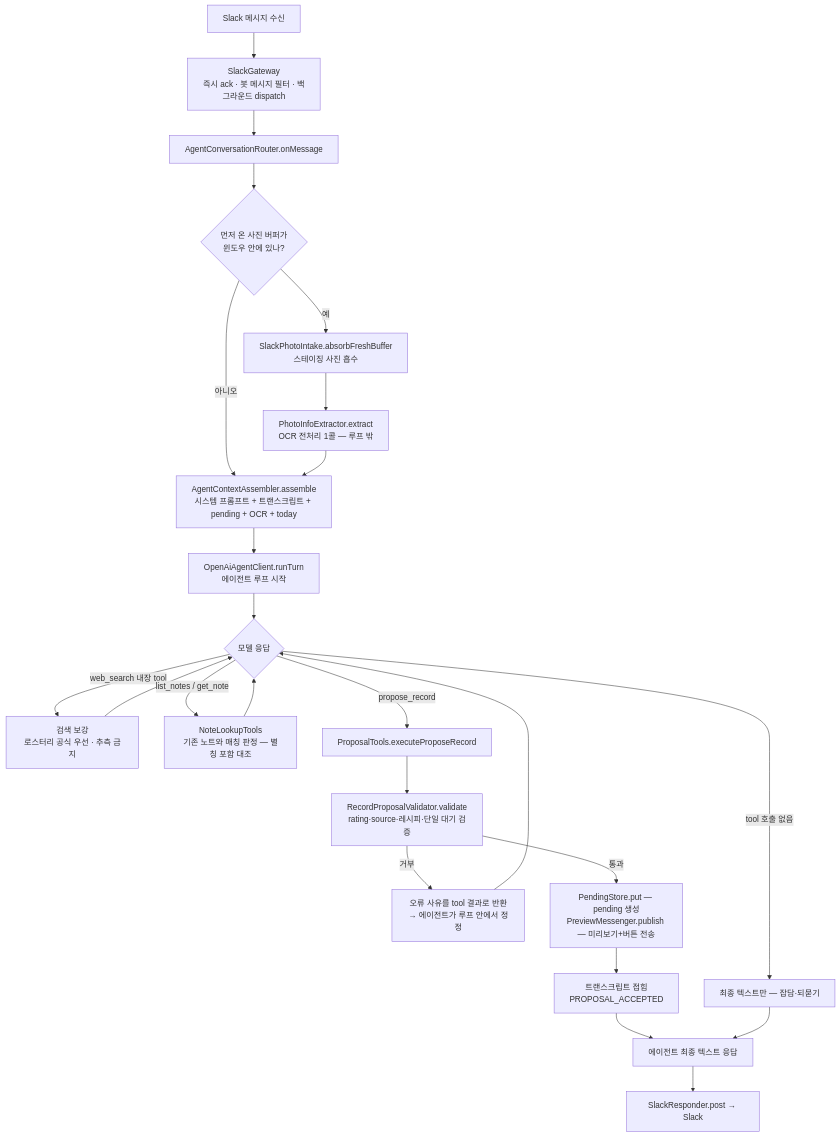
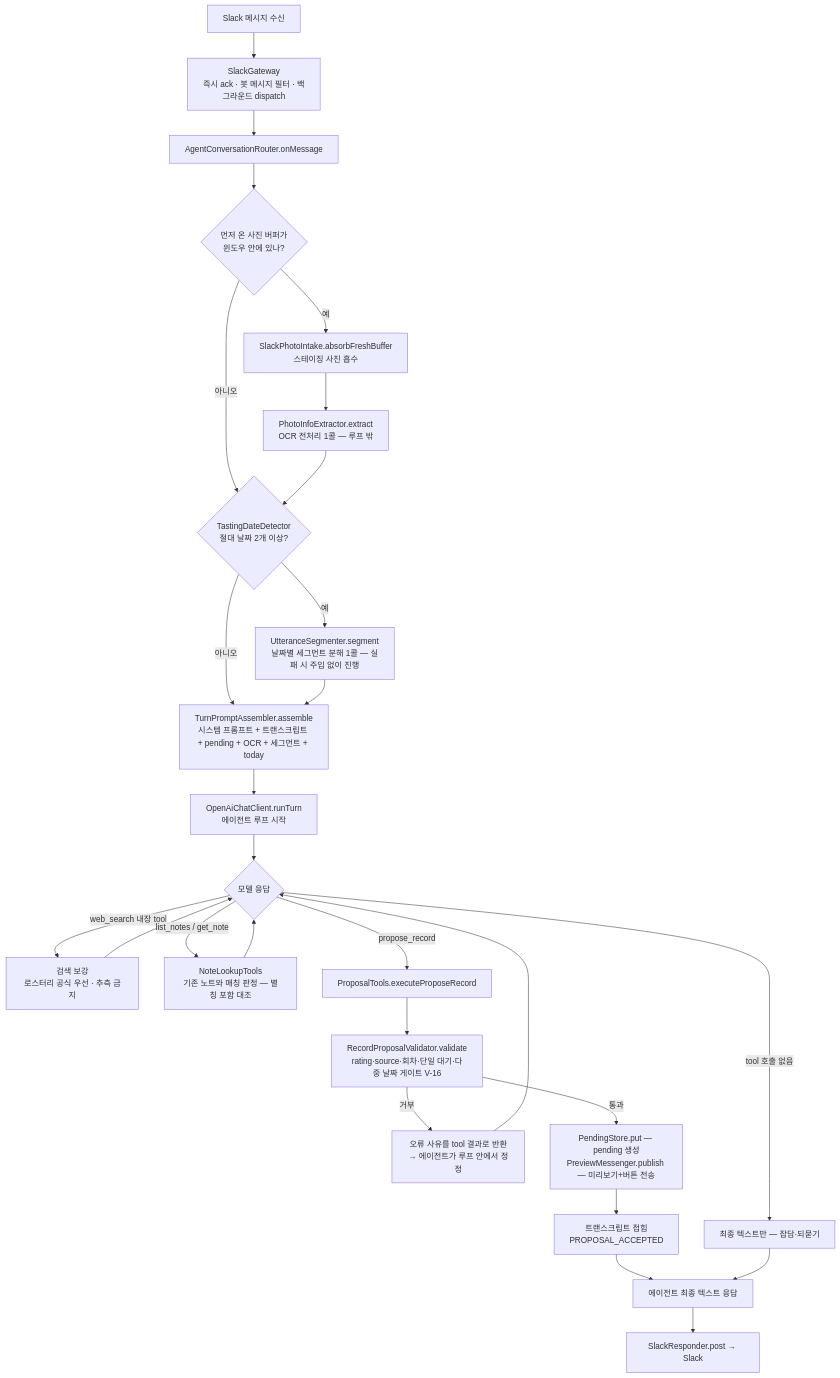
The second of 8 diagrams in docs/architecture-classes-and-flows.md (devwuu/mocha), drawn with Mermaid before and after one commit. The commit also changed other lines of this file and 1 other file, not shown here.

````diff
--- a/docs/architecture-classes-and-flows.md
+++ b/docs/architecture-classes-and-flows.md
@@ -342,25 +379,28 @@
 ```mermaid
 flowchart TB
     A[Slack 메시지 수신] --> B[SlackGateway<br/>즉시 ack · 봇 메시지 필터 · 백그라운드 dispatch]
     B --> C[AgentConversationRouter.onMessage]
     C --> D{먼저 온 사진 버퍼가<br/>윈도우 안에 있나?}
     D -->|예| E[SlackPhotoIntake.absorbFreshBuffer<br/>스테이징 사진 흡수]
     E --> F[PhotoInfoExtractor.extract<br/>OCR 전처리 1콜 — 루프 밖]
-    D -->|아니오| G
-    F --> G[AgentContextAssembler.assemble<br/>시스템 프롬프트 + 트랜스크립트 + pending + OCR + today]
-    G --> H[OpenAiAgentClient.runTurn<br/>에이전트 루프 시작]
+    D -->|아니오| S
+    F --> S{TastingDateDetector<br/>절대 날짜 2개 이상?}
+    S -->|예| S2[UtteranceSegmenter.segment<br/>날짜별 세그먼트 분해 1콜 — 실패 시 주입 없이 진행]
+    S -->|아니오| G
+    S2 --> G[TurnPromptAssembler.assemble<br/>시스템 프롬프트 + 트랜스크립트 + pending + OCR + 세그먼트 + today]
+    G --> H[OpenAiChatClient.runTurn<br/>에이전트 루프 시작]
 
     H --> I{모델 응답}
     I -->|web_search 내장 tool| I2[검색 보강<br/>로스터리 공식 우선 · 추측 금지] --> I
     I -->|list_notes / get_note| I3[NoteLookupTools<br/>기존 노트와 매칭 판정 — 별칭 포함 대조] --> I
     I -->|propose_record| J[ProposalTools.executeProposeRecord]
     I -->|tool 호출 없음| K[최종 텍스트만 — 잡담·되묻기]
 
-    J --> L[RecordProposalValidator.validate<br/>rating·source·레시피·단일 대기 검증]
+    J --> L[RecordProposalValidator.validate<br/>rating·source·회차·단일 대기·다중 날짜 게이트 V-16]
     L -->|거부| M["오류 사유를 tool 결과로 반환<br/>→ 에이전트가 루프 안에서 정정"] --> I
     L -->|통과| N[PendingStore.put — pending 생성<br/>PreviewMessenger.publish — 미리보기+버튼 전송]
     N --> O[트랜스크립트 접힘<br/>PROPOSAL_ACCEPTED]
     O --> P[에이전트 최종 텍스트 응답]
     K --> P
     P --> Q[SlackResponder.post → Slack]
 ```
````
